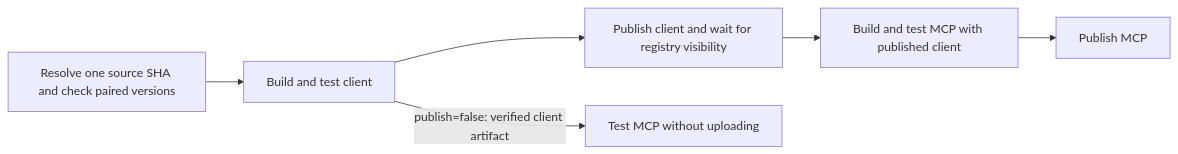
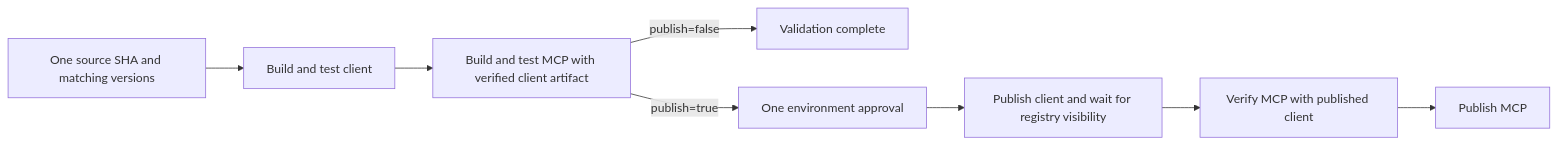
The diagram in README.md (hugegraph/actions), drawn with Mermaid before and after one commit. The commit also changed other lines of this file and 3 other files, not shown here.

````diff
--- a/README.md
+++ b/README.md
@@ -68,8 +68,10 @@
 ```mermaid
 flowchart LR
-    S[Resolve one source SHA and check paired versions] --> C[Build and test client]
-    C --> CP[Publish client and wait for registry visibility]
-    CP --> M[Build and test MCP with published client]
-    M --> MP[Publish MCP]
-    C -->|publish=false: verified client artifact| V[Test MCP without uploading]
+    S[One source SHA and matching versions] --> C[Build and test client]
+    C --> M[Build and test MCP with verified client artifact]
+    M -->|publish=false| D[Validation complete]
+    M -->|publish=true| A[One environment approval]
+    A --> P[Publish client and wait for registry visibility]
+    P --> V[Verify MCP with published client]
+    V --> U[Publish MCP]
 ```
````
